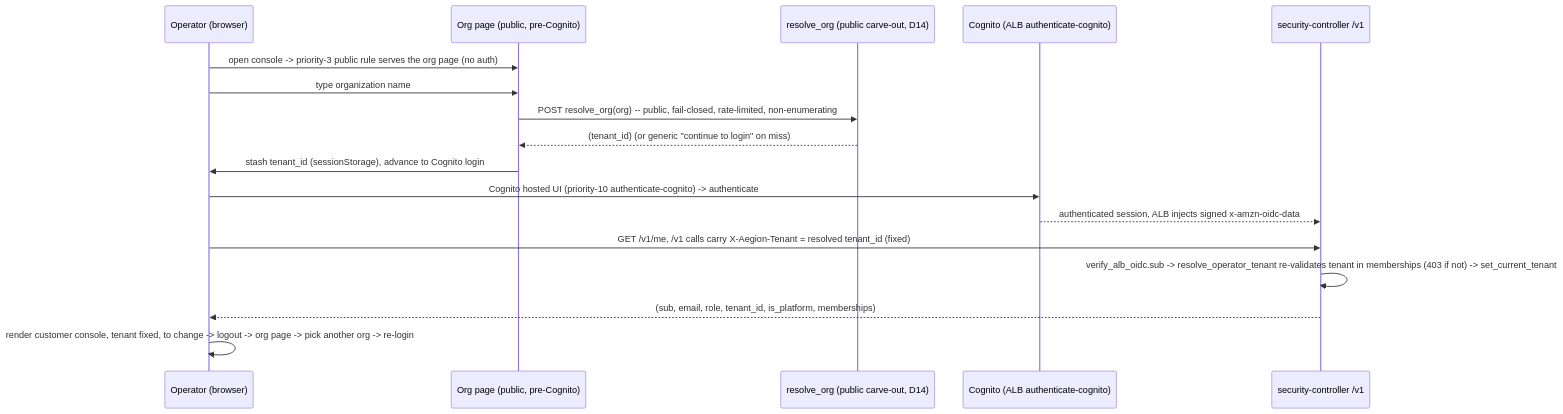
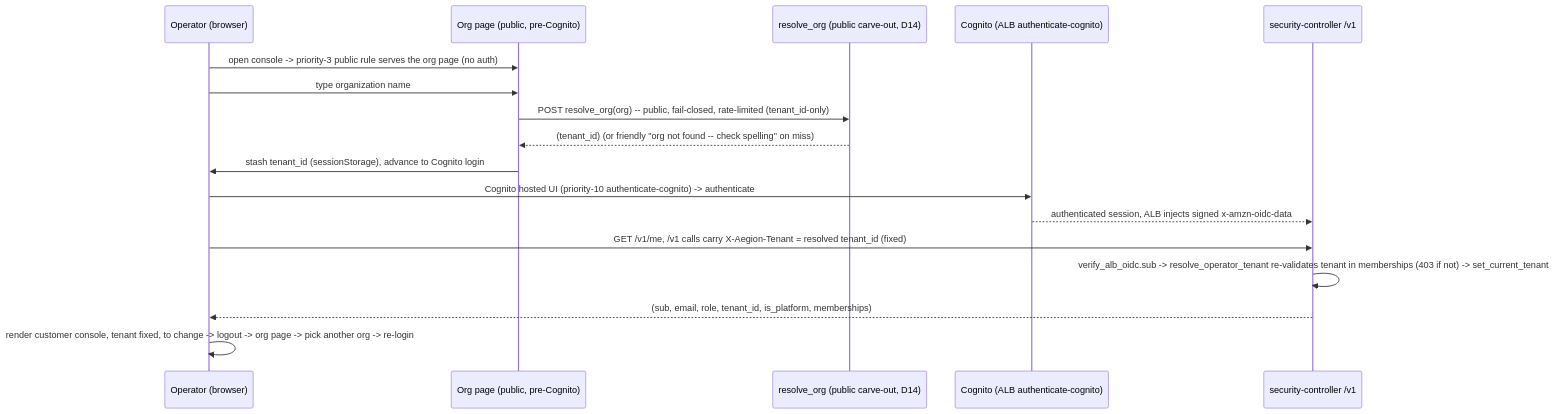
Before and after one commit to shashank31mar/Sentra: the second of 7 diagrams in lld/40-multi-tenant-console.md, drawn with Mermaid. The commit also changed other lines of this file and 1 other file, not shown here.

````diff
--- a/lld/40-multi-tenant-console.md
+++ b/lld/40-multi-tenant-console.md
@@ -157,19 +174,19 @@
 ```mermaid
 sequenceDiagram
   participant U as Operator (browser)
   participant ORG as Org page (public, pre-Cognito)
   participant RES as resolve_org (public carve-out, D14)
   participant COG as Cognito (ALB authenticate-cognito)
   participant API as security-controller /v1
   U->>ORG: open console -> priority-3 public rule serves the org page (no auth)
   U->>ORG: type organization name
-  ORG->>RES: POST resolve_org(org) -- public, fail-closed, rate-limited, non-enumerating
-  RES-->>ORG: (tenant_id) (or generic "continue to login" on miss)
+  ORG->>RES: POST resolve_org(org) -- public, fail-closed, rate-limited (tenant_id-only)
+  RES-->>ORG: (tenant_id) (or friendly "org not found -- check spelling" on miss)
   ORG->>U: stash tenant_id (sessionStorage), advance to Cognito login
   U->>COG: Cognito hosted UI (priority-10 authenticate-cognito) -> authenticate
   COG-->>API: authenticated session, ALB injects signed x-amzn-oidc-data
   U->>API: GET /v1/me, /v1 calls carry X-Aegion-Tenant = resolved tenant_id (fixed)
   API->>API: verify_alb_oidc.sub -> resolve_operator_tenant re-validates tenant in memberships (403 if not) -> set_current_tenant
   API-->>U: (sub, email, role, tenant_id, is_platform, memberships)
   U->>U: render customer console, tenant fixed, to change -> logout -> org page -> pick another org -> re-login
 ```
````
